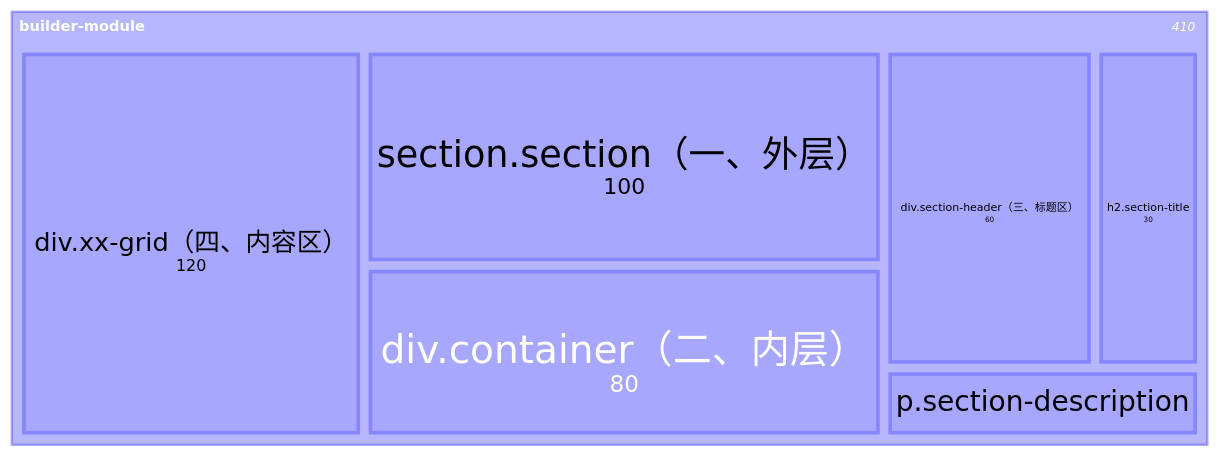
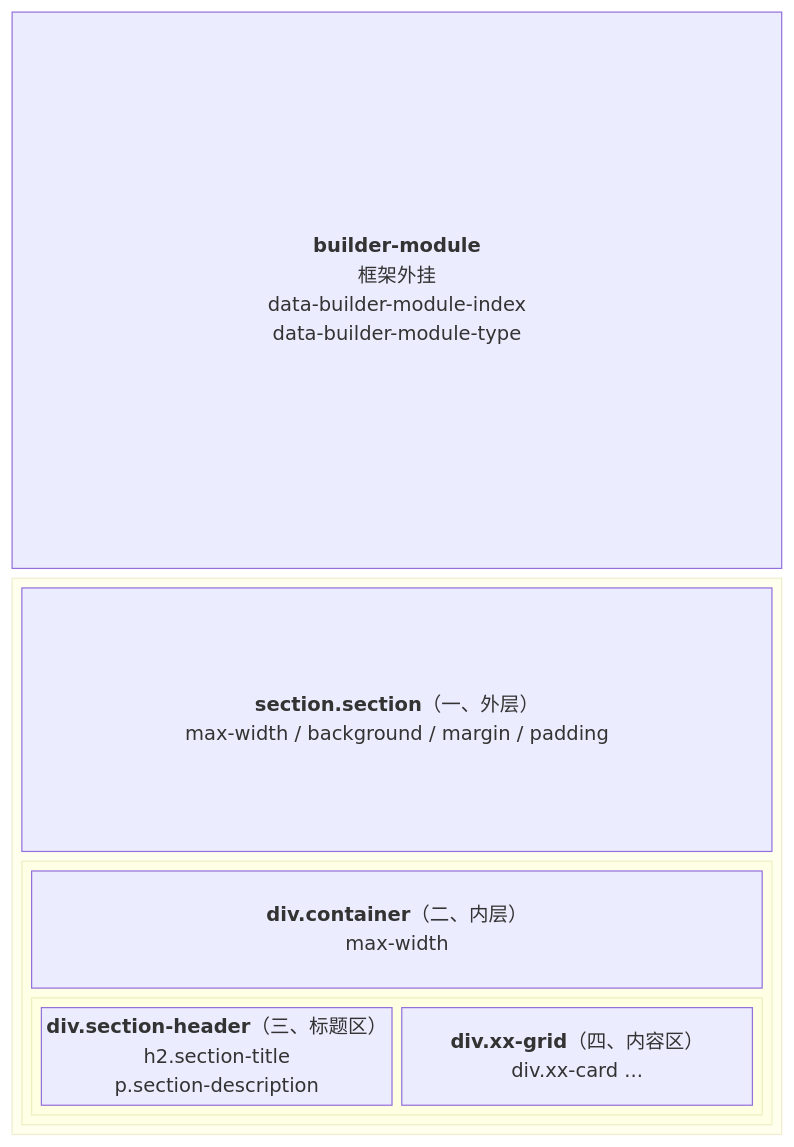
Before and after one commit to jjq-git/mycompany.website: the diagram in .claude/skills/template-new-block/reference/block-structure.md, drawn with Mermaid.

````diff
--- a/.claude/skills/template-new-block/reference/block-structure.md
+++ b/.claude/skills/template-new-block/reference/block-structure.md
@@ -25,14 +25,22 @@
 ```mermaid
 ---
 config:
   theme: default
 ---
-treemap-beta
-"builder-module"
-    "section.section（一、外层）": 100
-    "div.container（二、内层）": 80
-    "div.section-header（三、标题区）": 60
-    "h2.section-title": 30
-    "p.section-description": 20
-    "div.xx-grid（四、内容区）": 120
+block-beta
+    columns 1
+    A["<b>builder-module</b><br/>框架外挂<br/>data-builder-module-index<br/>data-builder-module-type"]
+    block
+        columns 1
+        B["<b>section.section</b>（一、外层）<br/>max-width / background / margin / padding"]
+        block
+            columns 1
+            C["<b>div.container</b>（二、内层）<br/>max-width"]
+            block:inner
+                columns 2
+                D["<b>div.section-header</b>（三、标题区）<br/>h2.section-title<br/>p.section-description"]
+                E["<b>div.xx-grid</b>（四、内容区）<br/>div.xx-card ..."]
+            end
+        end
+    end
 ```
````
